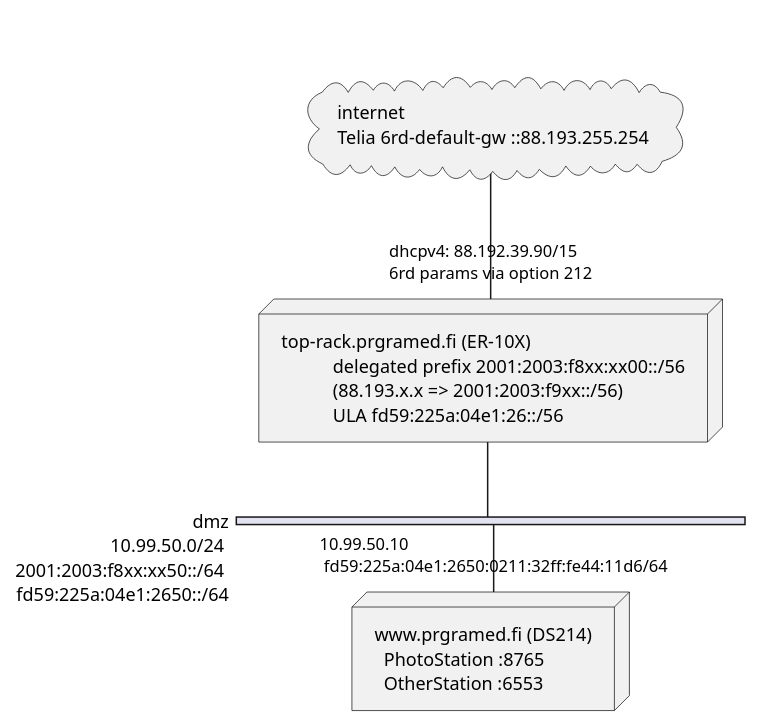
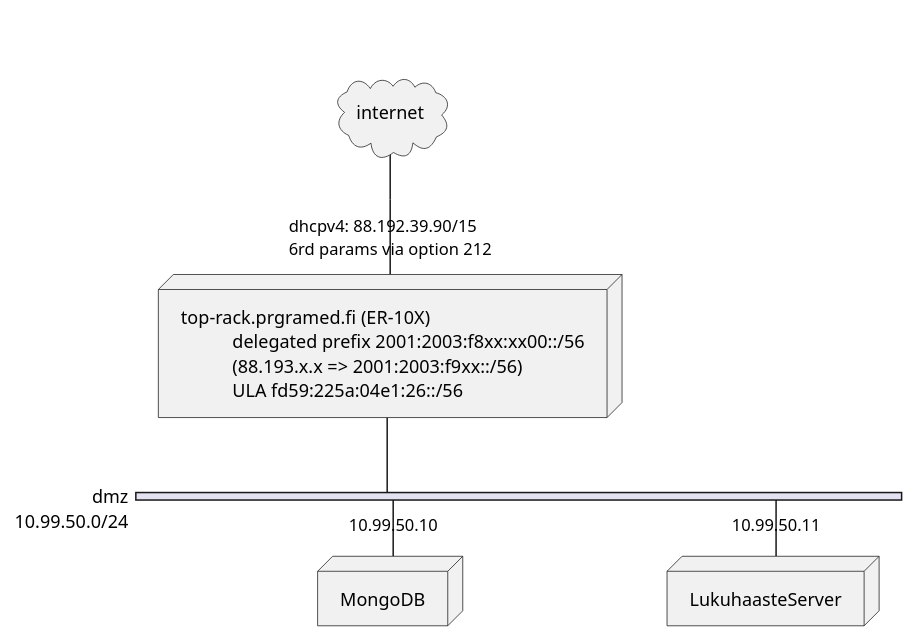
Before and after one commit to jppaalassalo/secpro: the diagram in README.md, drawn with PlantUML. The commit also changed other lines of this file, not shown here.

````diff
--- a/README.md
+++ b/README.md
@@ -22,18 +22,18 @@
 ```plantuml
 nwdiag {
-  internet [shape = cloud, description = " internet \n Telia 6rd-default-gw ::88.193.255.254"];
-  internet -- toprack; 
-  toprack [shape=node, \
+  internet [shape = cloud, description = "internet"];
+  internet -- firewall; 
+  firewall [shape=node, \
            address = "dhcpv4: 88.192.39.90/15 \n6rd params via option 212", \
            description = "top-rack.prgramed.fi (ER-10X) \n\
            delegated prefix 2001:2003:f8xx:xx00::/56\n\
            (88.193.x.x => 2001:2003:f9xx::/56) \n\
            ULA fd59:225a:04e1:26::/56"];
 
   network dmz {
-      address = "10.99.50.0/24 \n 2001:2003:f8xx:xx50::/64 \n fd59:225a:04e1:2650::/64";
-      toprack;
-      www [shape=node, address = "10.99.50.10 \n fd59:225a:04e1:2650:0211:32ff:fe44:11d6/64", \
-           description = "www.prgramed.fi (DS214)\n  PhotoStation :8765\n  OtherStation :6553"];
+      address = "10.99.50.0/24";
+      firewall;
+      MongoDB [shape=node, address = "10.99.50.10"];
+      LukuhaasteServer [shape=node, address = "10.99.50.11"];
   }
 ```
````
